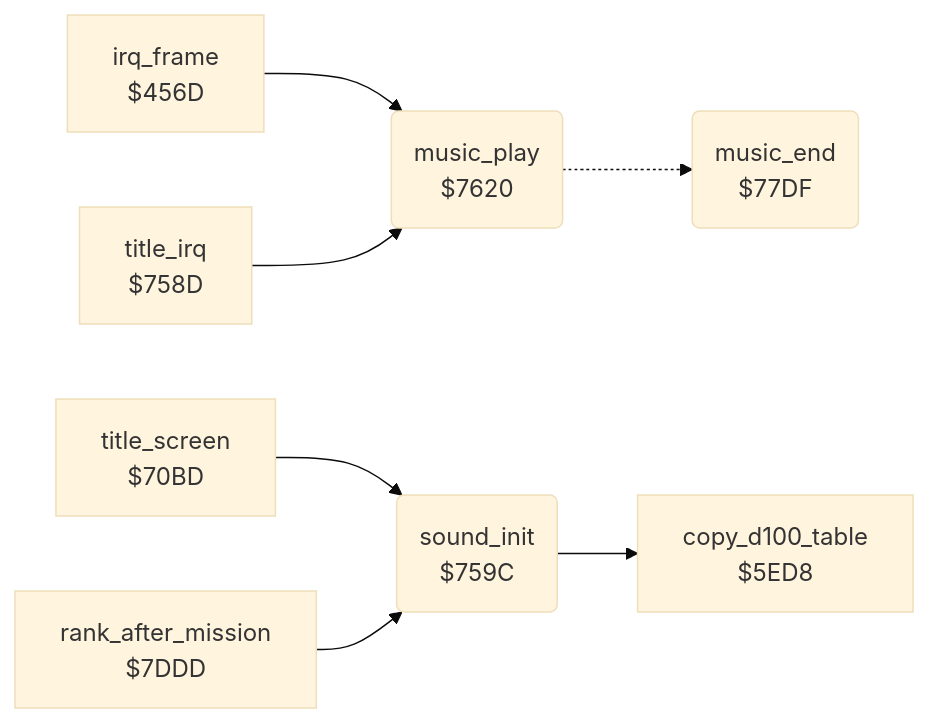
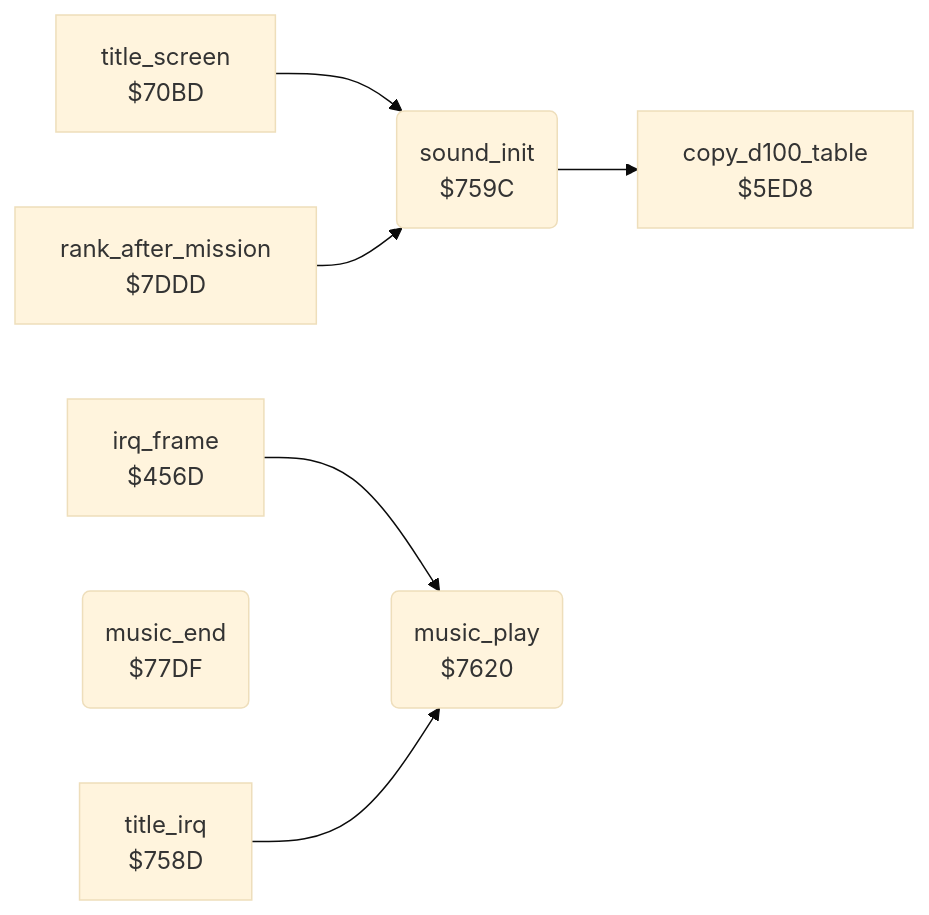
The diagram in blue_max/docs/reference/modules/music/music_player.md (henols/c64_games), drawn with Mermaid (base theme) before and after one commit. The commit also changed other lines of this file and 1100 other files, not shown here.

````diff
--- a/blue_max/docs/reference/modules/music/music_player.md
+++ b/blue_max/docs/reference/modules/music/music_player.md
@@ -10,17 +29,16 @@
 ```mermaid
 flowchart LR
   n456d["irq_frame<br/>$456D"]
   n5ed8["copy_d100_table<br/>$5ED8"]
   n70bd["title_screen<br/>$70BD"]
   n758d["title_irq<br/>$758D"]
   n759c("sound_init<br/>$759C")
   n7620("music_play<br/>$7620")
   n77df("music_end<br/>$77DF")
   n7ddd["rank_after_mission<br/>$7DDD"]
   n456d --> n7620
   n70bd --> n759c
   n758d --> n7620
   n759c --> n5ed8
-  n7620 -.-> n77df
   n7ddd --> n759c
 ```
````
